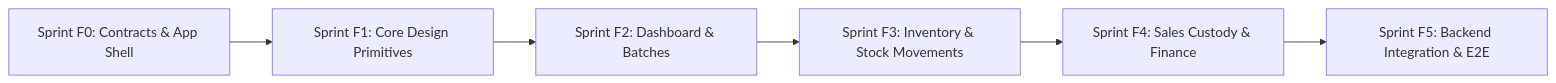
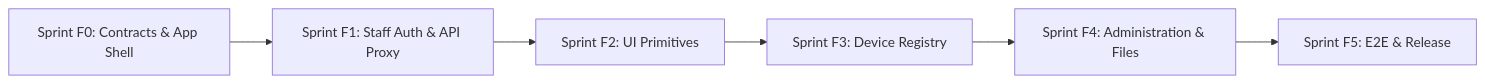
Before and after one commit to raredevsgh/AMTRAV-frontend: the diagram in docs/planning/FRONTEND_SPRINT_ROADMAP.md, drawn with Mermaid. The commit also changed other lines of this file and 1 other file, not shown here.

````diff
--- a/docs/planning/FRONTEND_SPRINT_ROADMAP.md
+++ b/docs/planning/FRONTEND_SPRINT_ROADMAP.md
@@ -10,8 +12,8 @@
 ```mermaid
 flowchart LR
-    F0["Sprint F0: Contracts & App Shell"] --> F1["Sprint F1: Core Design Primitives"]
-    F1 --> F2["Sprint F2: Dashboard & Batches"]
-    F2 --> F3["Sprint F3: Inventory & Stock Movements"]
-    F3 --> F4["Sprint F4: Sales Custody & Finance"]
-    F4 --> F5["Sprint F5: Backend Integration & E2E"]
+    F0["Sprint F0: Contracts & App Shell"] --> F1["Sprint F1: Staff Auth & API Proxy"]
+    F1 --> F2["Sprint F2: UI Primitives"]
+    F2 --> F3["Sprint F3: Device Registry"]
+    F3 --> F4["Sprint F4: Administration & Files"]
+    F4 --> F5["Sprint F5: E2E & Release"]
 ```
````
